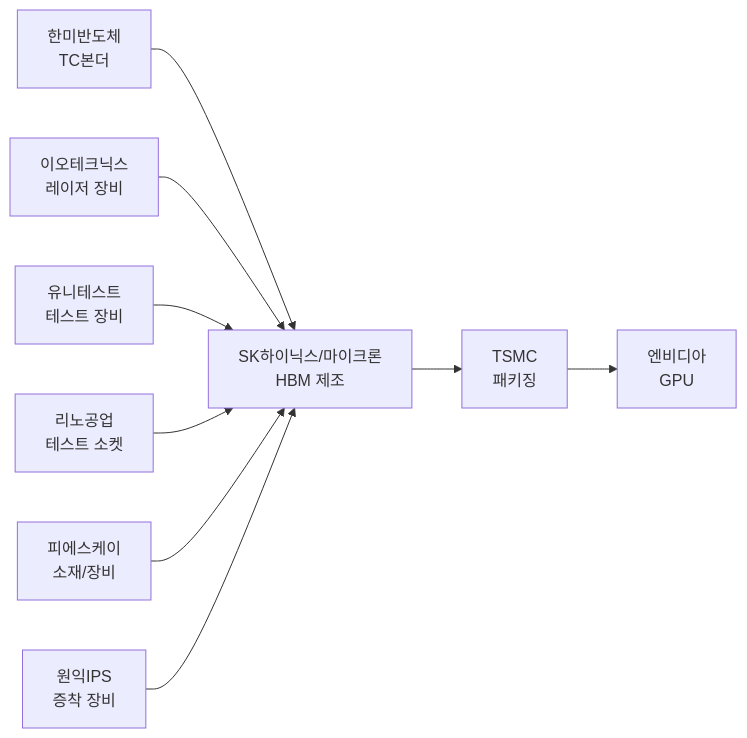
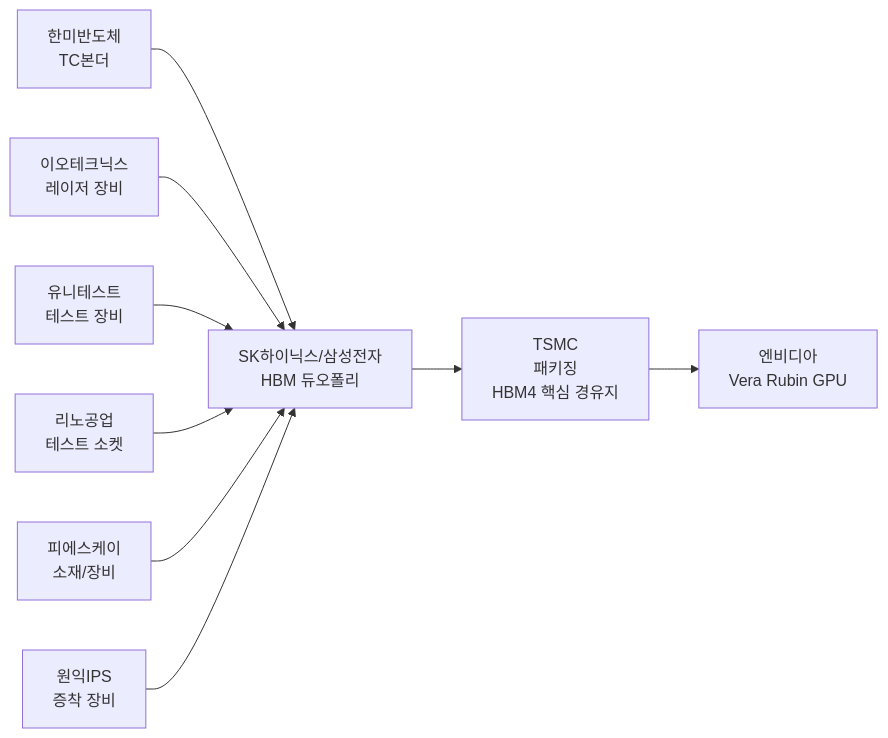
The first of 2 diagrams in _posts/knowledge/invest/2026-01-21-hbm-sector-outlook-2026.md (dss99911/dss99911.github.io), drawn with Mermaid before and after one commit. The commit also changed other lines of this file and 17 other files, not shown here.

````diff
--- a/_posts/knowledge/invest/2026-01-21-hbm-sector-outlook-2026.md
+++ b/_posts/knowledge/invest/2026-01-21-hbm-sector-outlook-2026.md
@@ -186,12 +248,12 @@
 ```mermaid
 graph LR
-    A[한미반도체<br/>TC본더] --> B[SK하이닉스/마이크론<br/>HBM 제조]
-    B --> C[TSMC<br/>패키징]
-    C --> D[엔비디아<br/>GPU]
+    A[한미반도체<br/>TC본더] --> B[SK하이닉스/삼성전자<br/>HBM 듀오폴리]
+    B --> C[TSMC<br/>패키징<br/>HBM4 핵심 경유지]
+    C --> D[엔비디아<br/>Vera Rubin GPU]
 
     E[이오테크닉스<br/>레이저 장비] --> B
     F[유니테스트<br/>테스트 장비] --> B
     G[리노공업<br/>테스트 소켓] --> B
     H[피에스케이<br/>소재/장비] --> B
     I[원익IPS<br/>증착 장비] --> B
 ```
````
